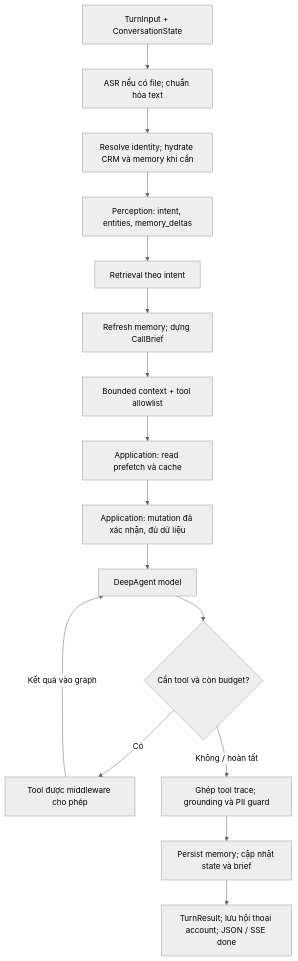
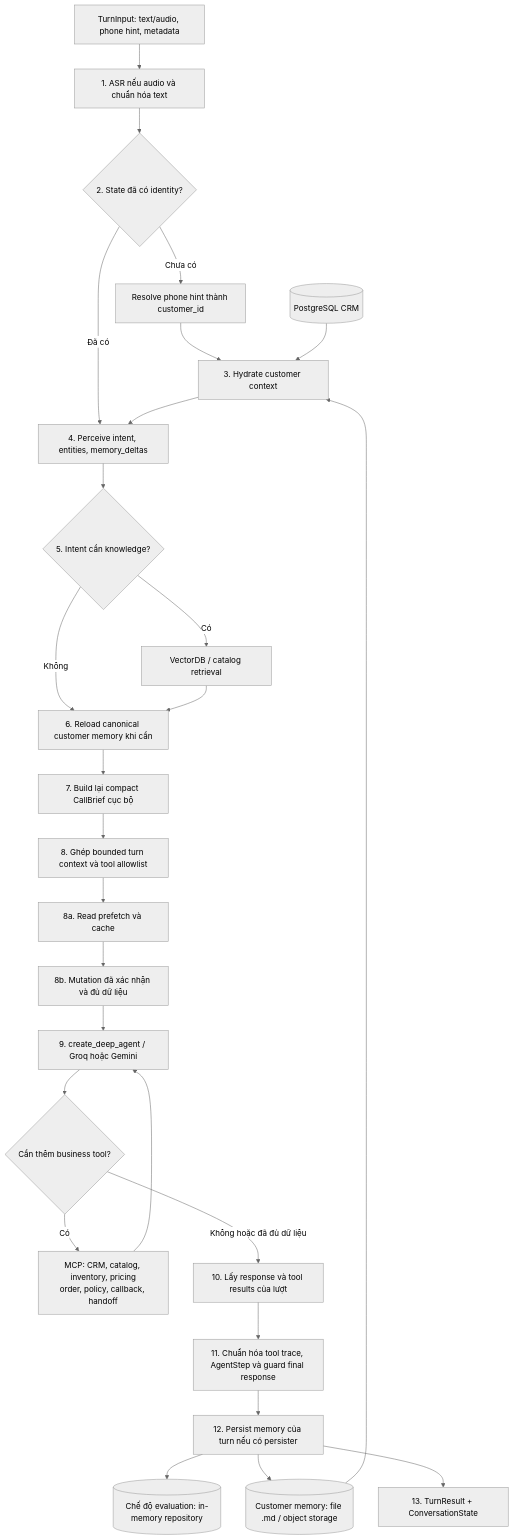
The first of 2 diagrams in docs/architecture-doc/agent-harness-loop.md (hyugai/sudocode2026-team9), drawn with Mermaid (neutral theme) before and after one commit. The commit also changed other lines of this file and 3 other files, not shown here.

````diff
--- a/docs/architecture-doc/agent-harness-loop.md
+++ b/docs/architecture-doc/agent-harness-loop.md
@@ -13,18 +9,34 @@
 ```mermaid
 flowchart TD
-    Input["TurnInput + ConversationState"] --> Normalize["ASR nếu có file; chuẩn hóa text"]
-    Normalize --> Identity["Resolve identity; hydrate CRM và memory khi cần"]
-    Identity --> Perceive["Perception: intent, entities, memory_deltas"]
-    Perceive --> Retrieve["Retrieval theo intent"]
-    Retrieve --> Brief["Refresh memory; dựng CallBrief"]
-    Brief --> Route["Bounded context + tool allowlist"]
-    Route --> Prefetch["Application: read prefetch và cache"]
-    Prefetch --> Mutation["Application: mutation đã xác nhận, đủ dữ liệu"]
-    Mutation --> Model["DeepAgent model"]
-    Model --> Next{"Cần tool và còn budget?"}
-    Next -->|"Có"| Tool["Tool được middleware cho phép"]
-    Tool -->|"Kết quả vào graph"| Model
-    Next -->|"Không / hoàn tất"| Response["Ghép tool trace; grounding và PII guard"]
-    Response --> Persist["Persist memory; cập nhật state và brief"]
-    Persist --> Result["TurnResult; lưu hội thoại account; JSON / SSE done"]
+    Input[TurnInput: text/audio, phone hint, metadata] --> ASR[1. ASR nếu audio và chuẩn hóa text]
+    ASR --> Identity{2. State đã có identity?}
+
+    Identity -->|Chưa có| Resolve[Resolve phone hint thành customer_id]
+    Resolve --> Hydrate[3. Hydrate customer context]
+    CRM[(PostgreSQL CRM)] --> Hydrate
+    DurableMemory[(Customer memory: file .md / object storage)] --> Hydrate
+    Identity -->|Đã có| Perceive
+    Hydrate --> Perceive
+
+    Perceive[4. Perceive intent, entities, memory_deltas] --> RetrievalGate{5. Intent cần knowledge?}
+    RetrievalGate -->|Có| RAG[VectorDB / catalog retrieval]
+    RetrievalGate -->|Không| Refresh
+    RAG --> Refresh[6. Reload canonical customer memory khi cần]
+
+    Refresh --> Brief[7. Build lại compact CallBrief cục bộ]
+    Brief --> Context[8. Ghép bounded turn context và tool allowlist]
+    Context --> Prefetch[8a. Read prefetch và cache]
+    Prefetch --> Mutation[8b. Mutation đã xác nhận và đủ dữ liệu]
+    Mutation --> DeepAgent[9. create_deep_agent / Groq hoặc Gemini]
+
+    DeepAgent --> MCP{Cần thêm business tool?}
+    MCP -->|Có| Tools["MCP: CRM, catalog, inventory, pricing<br/>order, policy, callback, handoff"]
+    Tools --> DeepAgent
+    MCP -->|Không hoặc đã đủ dữ liệu| Response[10. Lấy response và tool results của lượt]
+
+    Response --> Extract[11. Chuẩn hóa tool trace, AgentStep và guard final response]
+    Extract --> Persist[12. Persist memory của turn nếu có persister]
+    Persist --> EvalMemory[(Chế độ evaluation: in-memory repository)]
+    Persist --> DurableMemory
+    Persist --> Result[13. TurnResult + ConversationState]
 ```
````
